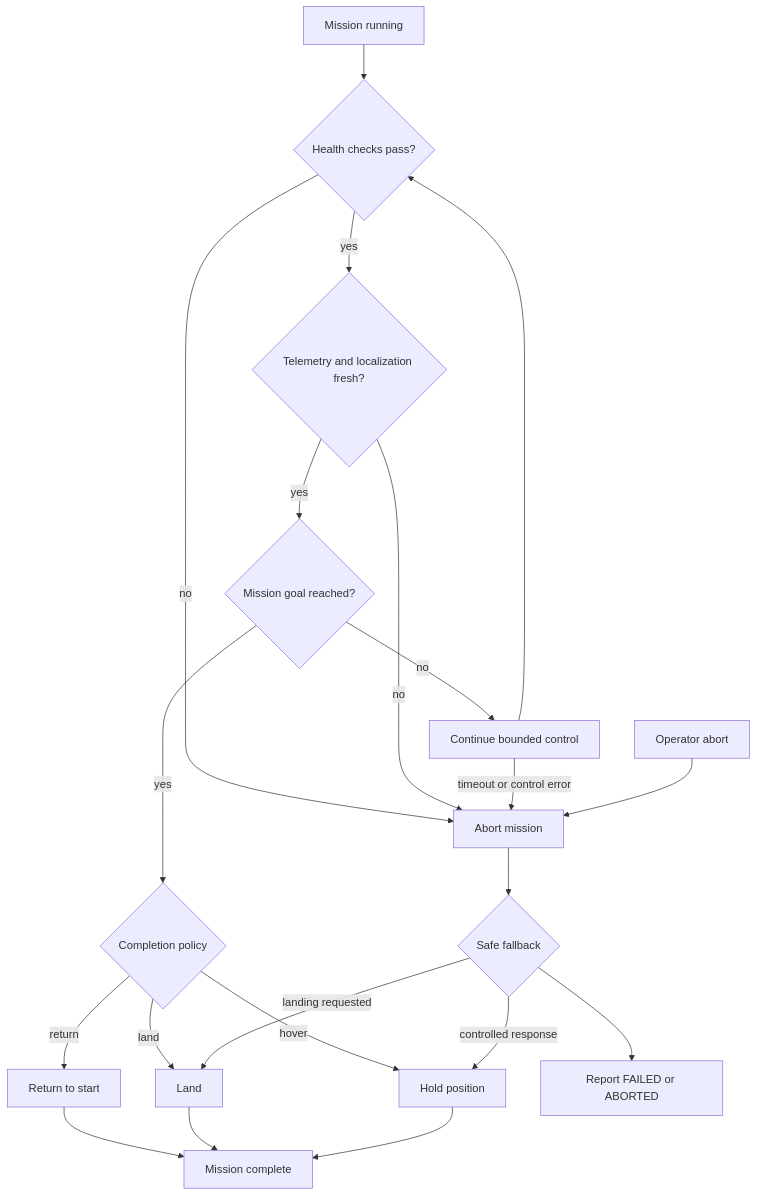
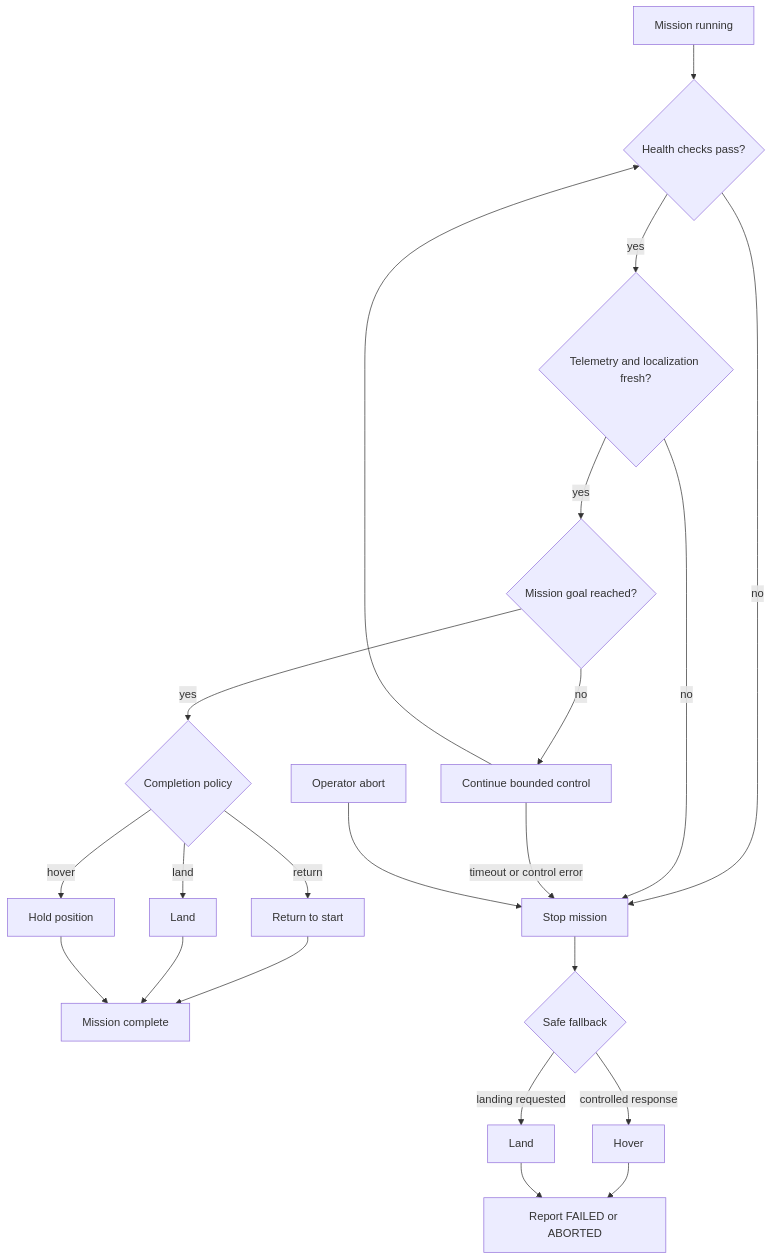
The sixth of 6 diagrams in README.md (Manabendu-ai/WingMan), drawn with Mermaid before and after one commit. The commit also changed other lines of this file, not shown here.

````diff
--- a/README.md
+++ b/README.md
@@ -245,24 +224,25 @@
 ```mermaid
 flowchart TD
-    start[Mission running] --> health{Health checks pass?}
-    health -- "yes" --> stale{Telemetry and localization fresh?}
-    stale -- "yes" --> progress{Mission goal reached?}
-    progress -- "no" --> execute[Continue bounded control]
+    begin["Mission running"] --> health{"Health checks pass?"}
+    health -- "yes" --> fresh{"Telemetry and localization fresh?"}
+    fresh -- "yes" --> progress{"Mission goal reached?"}
+    progress -- "no" --> execute["Continue bounded control"]
     execute --> health
-    progress -- "yes" --> policy{Completion policy}
-    policy -- "return" --> return[Return to start]
-    policy -- "land" --> land[Land]
-    policy -- "hover" --> hover[Hold position]
-    return --> complete[Mission complete]
-    land --> complete
-    hover --> complete
+    progress -- "yes" --> policy{"Completion policy"}
+    policy -- "return" --> goHome["Return to start"]
+    policy -- "land" --> landDone["Land"]
+    policy -- "hover" --> holdDone["Hold position"]
+    goHome --> complete["Mission complete"]
+    landDone --> complete
+    holdDone --> complete
 
-    health -- "no" --> fail[Abort mission]
-    stale -- "no" --> fail
+    health -- "no" --> fail["Stop mission"]
+    fresh -- "no" --> fail
     execute -- "timeout or control error" --> fail
-    operator[Operator abort] --> fail
-    fail --> safe{Safe fallback}
-    safe -- "controlled response" --> hover
-    safe -- "landing requested" --> land
-    safe --> error[Report FAILED or ABORTED]
+    opAbort["Operator abort"] --> fail
+    fail --> fallback{"Safe fallback"}
+    fallback -- "controlled response" --> failHover["Hover"]
+    fallback -- "landing requested" --> failLand["Land"]
+    failHover --> report["Report FAILED or ABORTED"]
+    failLand --> report
 ```
````
